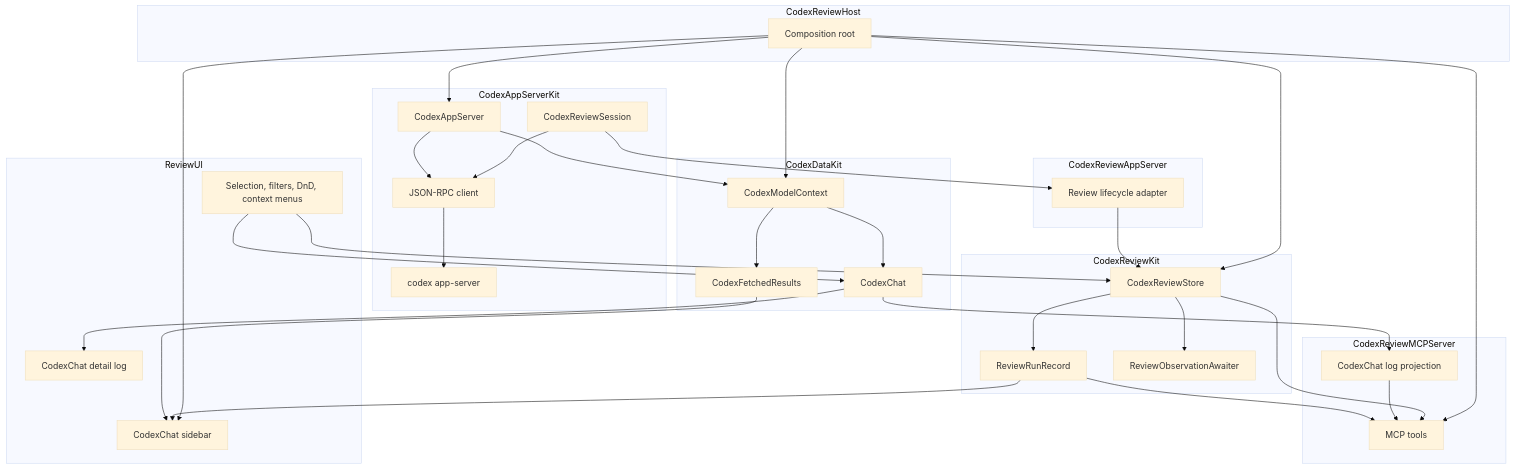
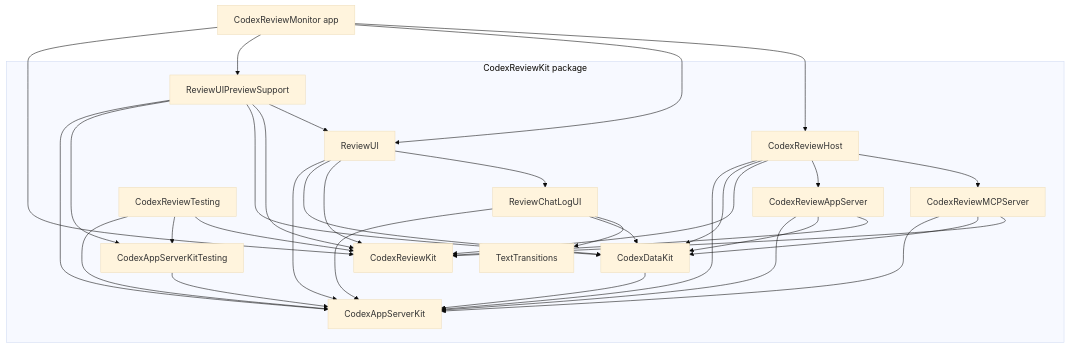
Before and after one commit to lynnswap/CodexReviewKit: the diagram in Docs/architecture.md, drawn with Mermaid (base theme). The commit also changed other lines of this file and 4 other files, not shown here.

Commit message:
docs(package): document integrated CodexKit products

````diff
--- a/Docs/architecture.md
+++ b/Docs/architecture.md
@@ -89,65 +96,52 @@
 ```mermaid
 flowchart TB
-    subgraph AppServerKit["CodexAppServerKit"]
-        Server["CodexAppServer"]
-        ReviewSession["CodexReviewSession"]
-        Client["JSON-RPC client"]
-        Process["codex app-server"]
+    App["CodexReviewMonitor app"]
+
+    subgraph Package["CodexReviewKit package"]
+        Host["CodexReviewHost"]
+        UI["ReviewUI"]
+        Preview["ReviewUIPreviewSupport"]
+        ChatUI["ReviewChatLogUI"]
+        MCP["CodexReviewMCPServer"]
+        ReviewAdapter["CodexReviewAppServer"]
+        ReviewCore["CodexReviewKit"]
+        ReviewTesting["CodexReviewTesting"]
+        DataKit["CodexDataKit"]
+        AppServerTesting["CodexAppServerKitTesting"]
+        AppServerKit["CodexAppServerKit"]
+        TextTransitions["TextTransitions"]
     end
 
-    subgraph DataKit["CodexDataKit"]
-        Context["CodexModelContext"]
-        Fetch["CodexFetchedResults<CodexChat>"]
-        Chat["CodexChat"]
-    end
-
-    subgraph ReviewCore["CodexReviewKit"]
-        Store["CodexReviewStore"]
-        Run["ReviewRunRecord"]
-        Awaiter["ReviewObservationAwaiter"]
-    end
-
-    subgraph AppServerAdapter["CodexReviewAppServer"]
-        Adapter["Review lifecycle adapter"]
-    end
-
-    subgraph MCP["CodexReviewMCPServer"]
-        MCPServer["MCP tools"]
-        MCPProjection["CodexChat log projection"]
-    end
-
-    subgraph UI["ReviewUI"]
-        Sidebar["CodexChat sidebar"]
-        Detail["CodexChat detail log"]
-        Presentation["Selection, filters, DnD, context menus"]
-    end
-
-    subgraph Host["CodexReviewHost"]
-        Composition["Composition root"]
-    end
-
-    Server --> Client
-    ReviewSession --> Client
-    Client --> Process
-    Server --> Context
-    Context --> Fetch
-    Context --> Chat
-    ReviewSession --> Adapter
-    Adapter --> Store
-    Store --> Run
-    Store --> Awaiter
-    Fetch --> Sidebar
-    Chat --> Detail
-    Run --> Sidebar
-    Run --> MCPServer
-    Chat --> MCPProjection
-    MCPProjection --> MCPServer
-    Store --> MCPServer
-    Presentation --> Store
-    Presentation --> Chat
-    Composition --> Server
-    Composition --> Context
-    Composition --> Store
-    Composition --> MCPServer
-    Composition --> Sidebar
+    App --> Host
+    App --> UI
+    App --> Preview
+    App --> ReviewCore
+    Host --> MCP
+    Host --> ReviewAdapter
+    Host --> ReviewCore
+    Host --> DataKit
+    Host --> AppServerKit
+    Preview --> UI
+    Preview --> ReviewCore
+    Preview --> DataKit
+    Preview --> AppServerTesting
+    Preview --> AppServerKit
+    UI --> ChatUI
+    UI --> ReviewCore
+    UI --> DataKit
+    UI --> AppServerKit
+    ChatUI --> TextTransitions
+    ChatUI --> DataKit
+    ChatUI --> AppServerKit
+    MCP --> ReviewCore
+    MCP --> DataKit
+    MCP --> AppServerKit
+    ReviewAdapter --> ReviewCore
+    ReviewAdapter --> DataKit
+    ReviewAdapter --> AppServerKit
+    ReviewTesting --> ReviewCore
+    ReviewTesting --> AppServerTesting
+    ReviewTesting --> AppServerKit
+    DataKit --> AppServerKit
+    AppServerTesting --> AppServerKit
 ```
````
